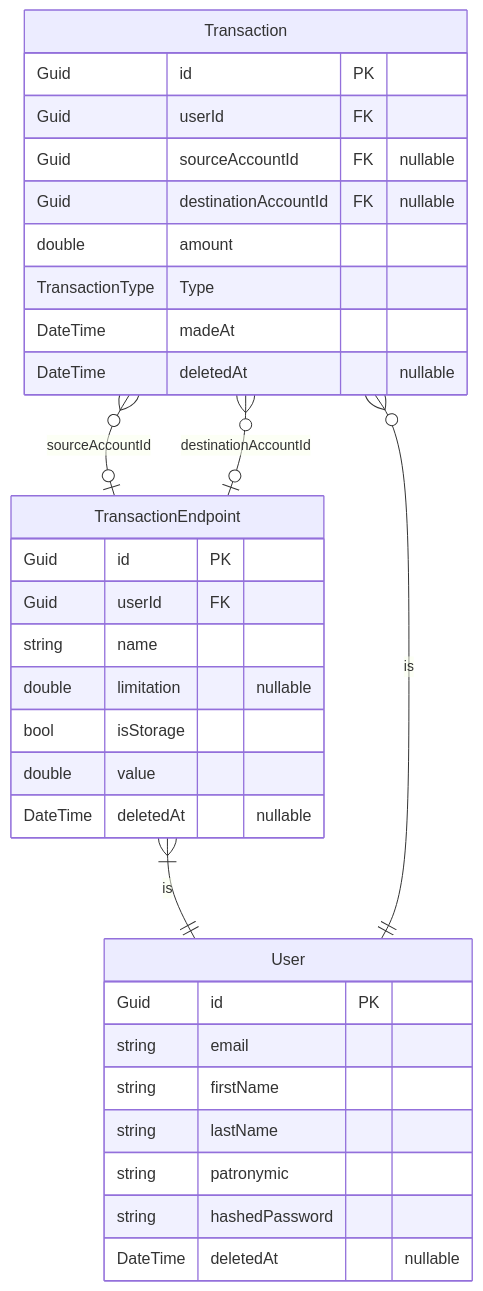
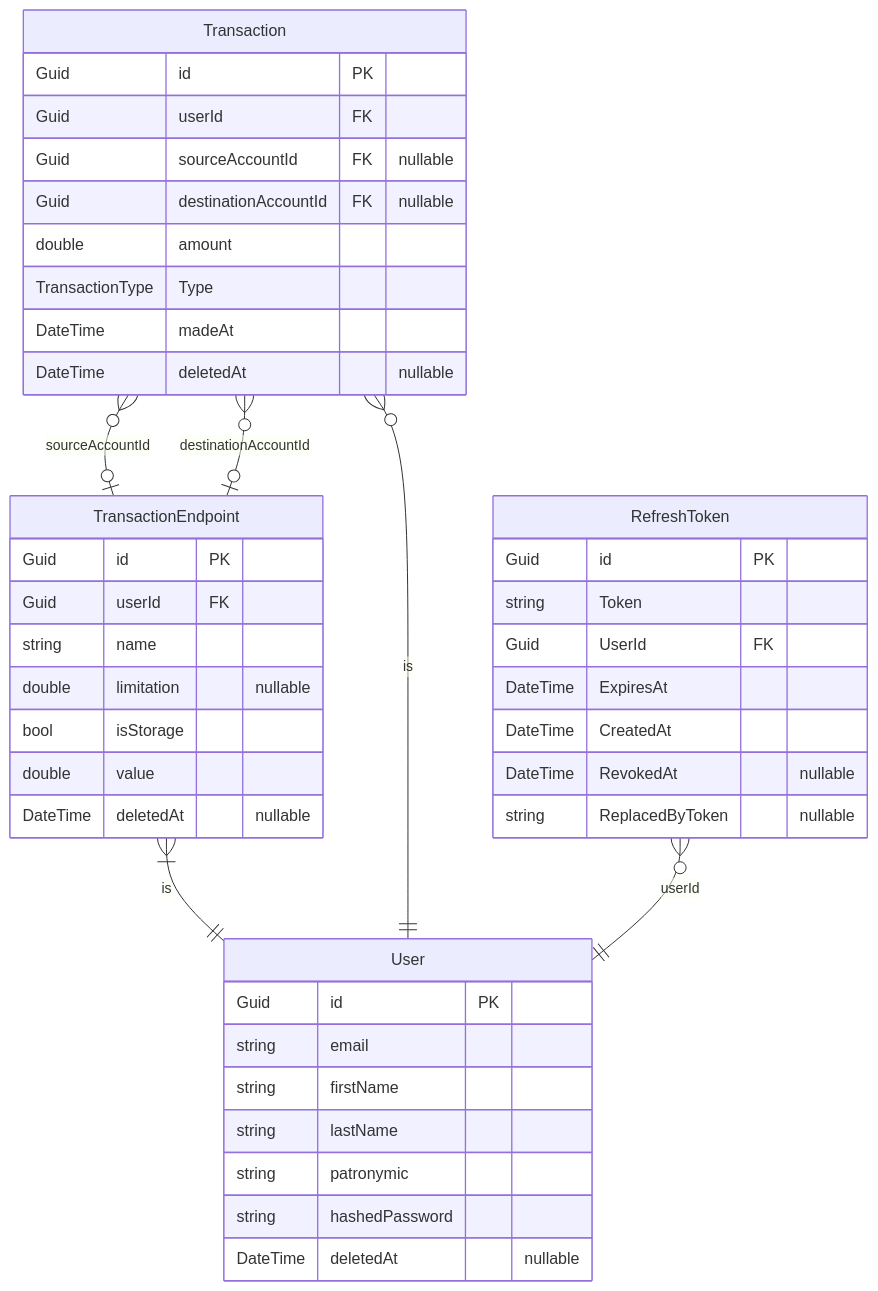
One commit to Pipotka/SmartWallet changed the diagram in README.md. Above: the diagram before and after it, drawn with Mermaid.

Commit message:
Добавлена табилца Refresh token в  README.md

````diff
--- a/README.md
+++ b/README.md
@@ -8,37 +8,48 @@
 ```mermaid
 erDiagram
     TransactionEndpoint }|--|| User : is
     TransactionEndpoint {
         Guid id PK
         Guid userId FK
         string name
         double limitation "nullable"
         bool isStorage
         double value
         DateTime deletedAt "nullable"
     }
 
     Transaction }o--|| User : is
     Transaction }o--o| TransactionEndpoint : sourceAccountId
     Transaction }o--o| TransactionEndpoint : destinationAccountId
     Transaction {
         Guid id PK
         Guid userId FK
         Guid sourceAccountId FK "nullable"
         Guid destinationAccountId FK "nullable"
         double amount
         TransactionType Type
         DateTime madeAt
         DateTime deletedAt "nullable"
     }
 
     User {
         Guid id PK
         string email
         string firstName
         string lastName
         string patronymic
         string hashedPassword
         DateTime deletedAt "nullable"
     }
+
+    RefreshToken }o--|| User : userId
+    RefreshToken {
+        Guid id PK
+        string Token
+        Guid UserId FK
+        DateTime ExpiresAt
+        DateTime CreatedAt
+        DateTime RevokedAt "nullable"
+        string ReplacedByToken "nullable"
+    }
 ```
````
